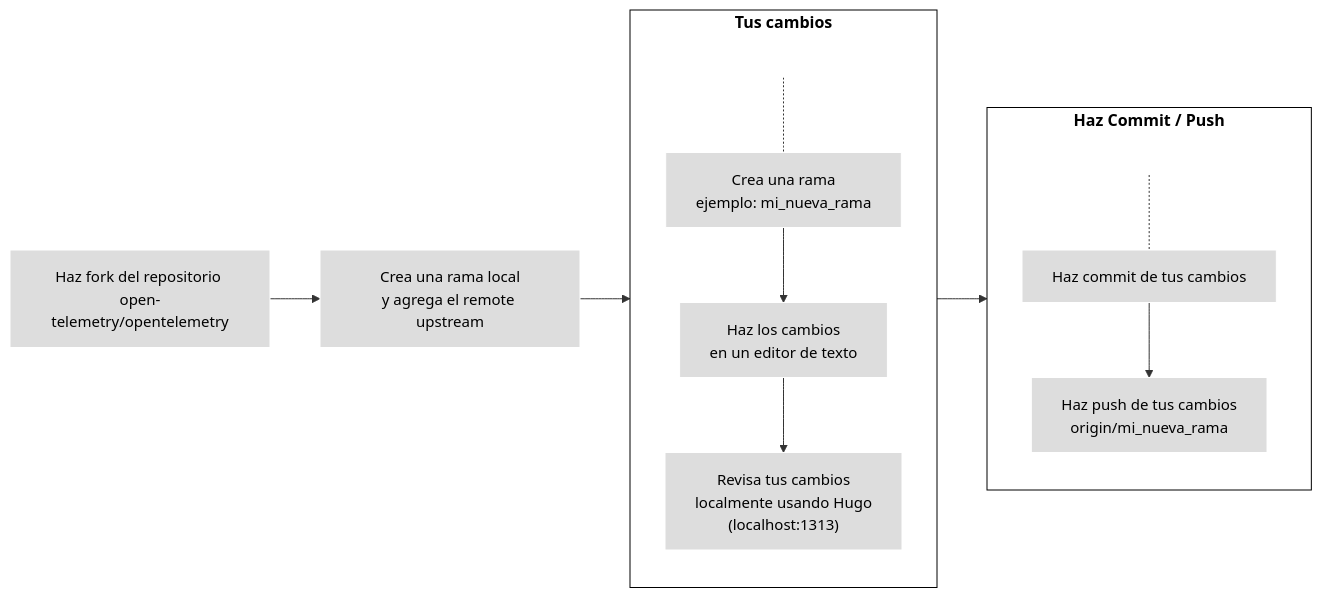
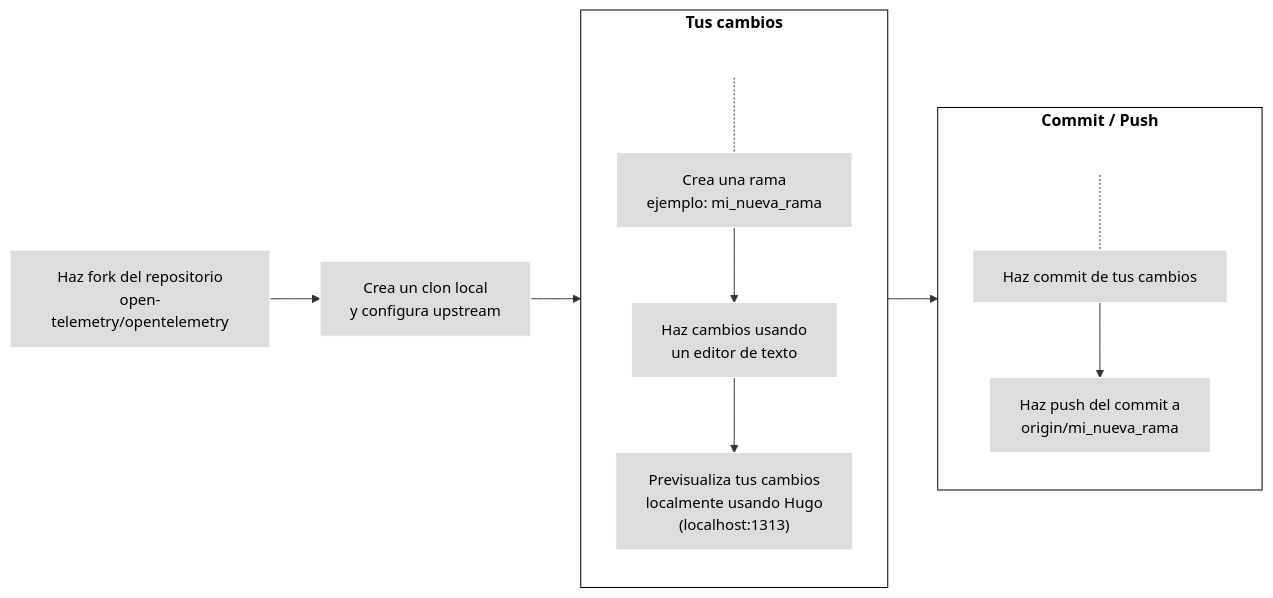
One commit to open-telemetry/opentelemetry.io changed the third of 4 diagrams in content/es/docs/contributing/pull-requests.md. Above: the diagram before and after it, drawn with Mermaid. The commit also changed other lines of this file and 13 other files, not shown here.

````diff
--- a/content/es/docs/contributing/pull-requests.md
+++ b/content/es/docs/contributing/pull-requests.md
@@ -142,24 +205,24 @@
 ```mermaid
 flowchart LR
-1[Haz fork del repositorio <br>open-telemetry/opentelemetry] --> 2[Crea una rama local<br>y agrega el remote upstream]
+1[Haz fork del repositorio<br>open-telemetry/opentelemetry] --> 2[Crea un clon local<br>y configura upstream]
 subgraph changes[Tus cambios]
 direction TB
 S[ ] -.-
-3[Crea una rama<br>ejemplo: mi_nueva_rama] --> 3a[Haz los cambios<br>en un editor de texto] --> 4["Revisa tus cambios<br>localmente usando Hugo<br>(localhost:1313)"]
+3[Crea una rama<br>ejemplo: mi_nueva_rama] --> 3a[Haz cambios usando<br>un editor de texto] --> 4["Previsualiza tus cambios<br>localmente usando Hugo<br>(localhost:1313)"]
 end
-subgraph changes2[Haz Commit / Push]
+subgraph changes2[Commit / Push]
 direction TB
 T[ ] -.-
-5[Haz commit de tus cambios] --> 6[Haz push de tus cambios<br>origin/mi_nueva_rama]
+5[Haz commit de tus cambios] --> 6[Haz push del commit a<br>origin/mi_nueva_rama]
 end
 
 2 --> changes --> changes2
 
 classDef grey fill:#dddddd,stroke:#ffffff,stroke-width:px,color:#000000, font-size:15px;
 classDef white fill:#ffffff,stroke:#000,stroke-width:px,color:#000,font-weight:bold
 classDef k8s fill:#326ce5,stroke:#fff,stroke-width:1px,color:#fff;
 classDef spacewhite fill:#ffffff,stroke:#fff,stroke-width:0px,color:#000
 class 1,2,3,3a,4,5,6 grey
 class S,T spacewhite
 class changes,changes2 white
 ```
````
